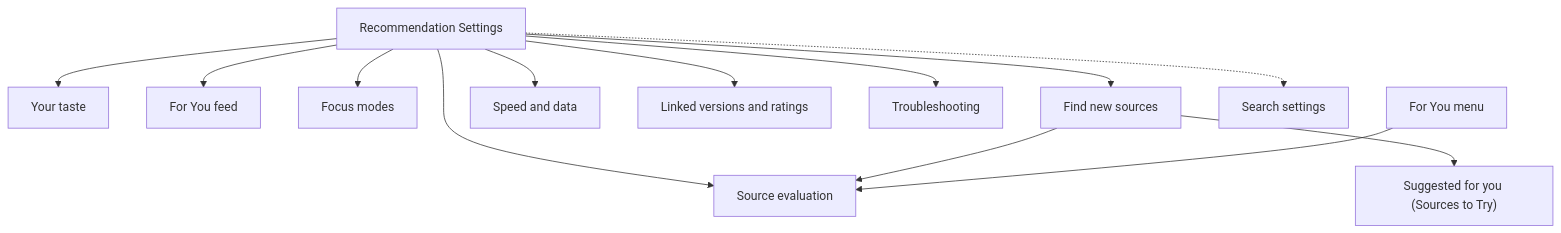
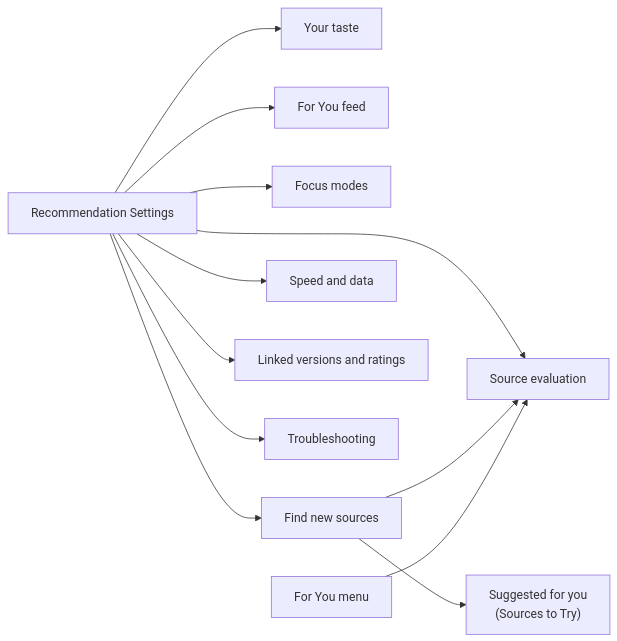
The first of 4 diagrams in docs/kmk/feature-guides/recommendation-settings.md (FancyCorey/komikku-fc), drawn with Mermaid before and after one commit. The commit also changed other lines of this file and 93 other files, not shown here.

````diff
--- a/docs/kmk/feature-guides/recommendation-settings.md
+++ b/docs/kmk/feature-guides/recommendation-settings.md
@@ -169,15 +199,14 @@
 ```mermaid
-flowchart TD
+flowchart LR
     Entry["Recommendation Settings"] --> Taste["Your taste"]
     Entry --> Feed["For You feed"]
     Entry --> Focus["Focus modes"]
     Entry --> Find["Find new sources"]
     Entry --> Evaluation["Source evaluation"]
     Entry --> Speed["Speed and data"]
     Entry --> Linked["Linked versions and ratings"]
     Entry --> Trouble["Troubleshooting"]
     Find --> Evaluation
-    Find --> Try["Suggested for you (Sources to Try)"]
+    Find --> Try["Suggested for you<br/>(Sources to Try)"]
     ForYou["For You menu"] --> Evaluation
-    Entry -.-> Search["Search settings"]
 ```
````
